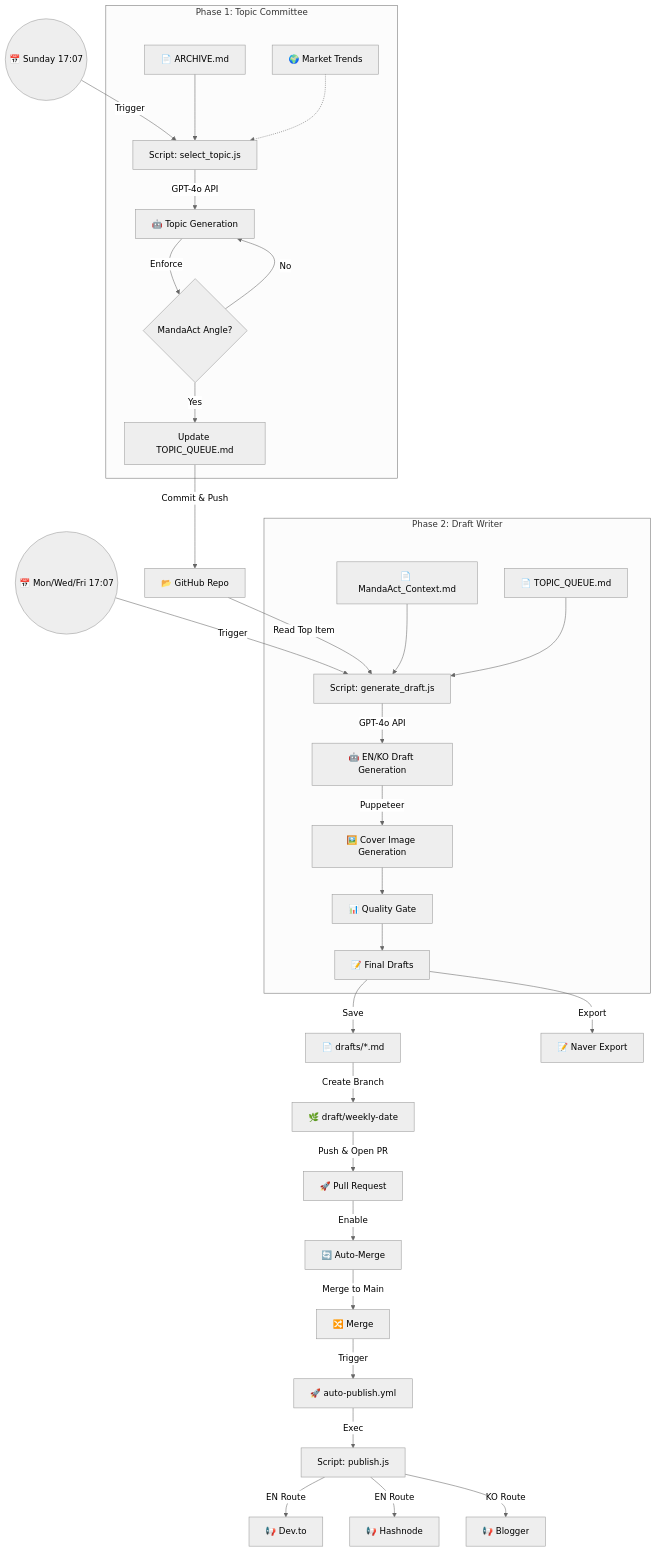
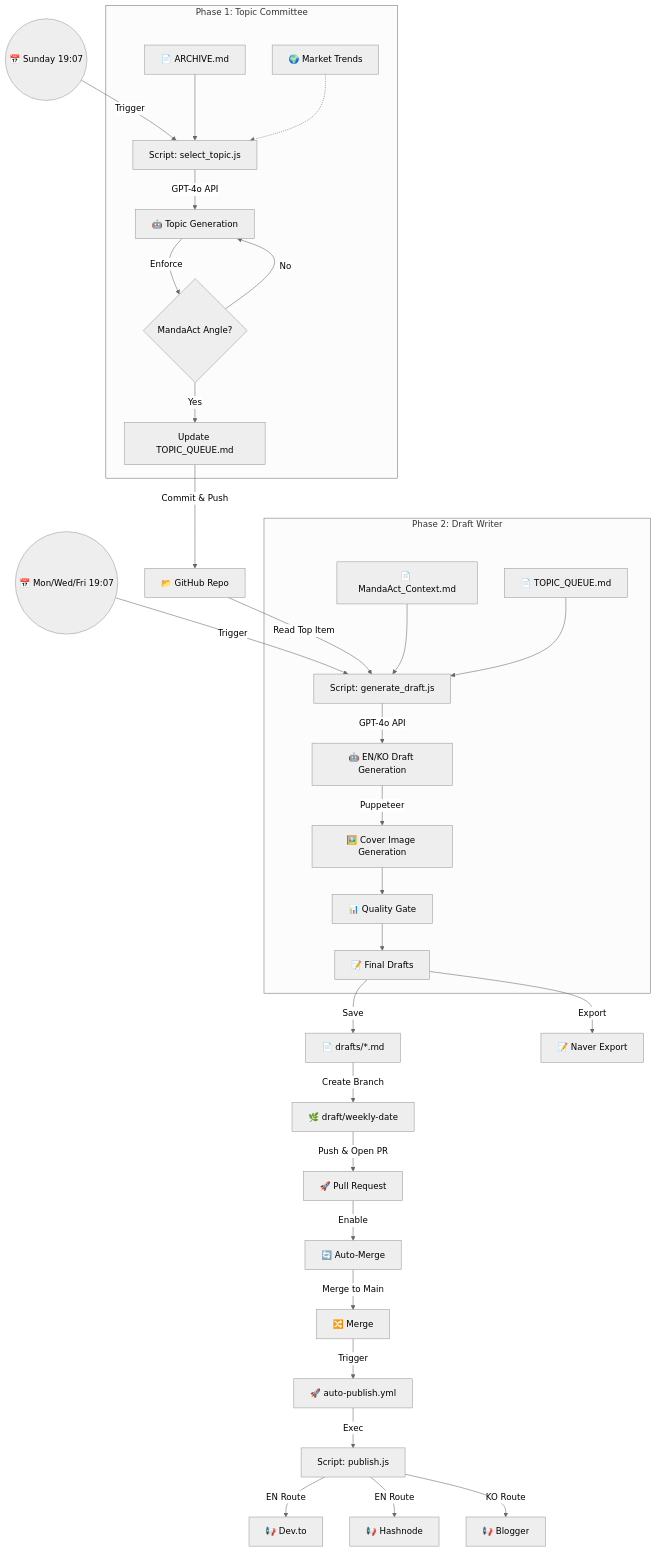
One commit to hevi35-coder/content-publisher changed the diagram in AUTOMATION_FLOW.md. Above: the diagram before and after it, drawn with Mermaid (neutral theme). The commit also changed 5 other files, not shown here.

````diff
--- a/AUTOMATION_FLOW.md
+++ b/AUTOMATION_FLOW.md
@@ -5,47 +5,47 @@
 ```mermaid
 graph TD
     %% Schedules (KST)
-    Sunday((📅 Sunday 17:07)) -->|Trigger| TopicCommittee
-    MWF((📅 Mon/Wed/Fri 17:07)) -->|Trigger| DraftWriter
+    Sunday((📅 Sunday 19:07)) -->|Trigger| TopicCommittee
+    MWF((📅 Mon/Wed/Fri 19:07)) -->|Trigger| DraftWriter
 
     %% Phase 1: Topic Selection
     subgraph "Phase 1: Topic Committee"
         TopicCommittee[Script: select_topic.js]
         Archive[📄 ARCHIVE.md] --> TopicCommittee
         Trends[🌍 Market Trends] -.-> TopicCommittee
         TopicCommittee -->|GPT-4o API| AI_Topic[🤖 Topic Generation]
         AI_Topic -->|Enforce| MandaActAngle{MandaAct Angle?}
         MandaActAngle -- Yes --> QueueUpd[Update TOPIC_QUEUE.md]
         MandaActAngle -- No --> AI_Topic
     end
 
     %% Connection
     QueueUpd -->|Commit & Push| Repo[📂 GitHub Repo]
     Repo -->|Read Top Item| DraftWriter
 
     %% Phase 2: Draft Generation
     subgraph "Phase 2: Draft Writer"
         DraftWriter[Script: generate_draft.js]
         Context[📄 MandaAct_Context.md] --> DraftWriter
         Queue[📄 TOPIC_QUEUE.md] --> DraftWriter
         DraftWriter -->|GPT-4o API| AI_Draft[🤖 EN/KO Draft Generation]
         AI_Draft -->|Puppeteer| CoverGen[🖼️ Cover Image Generation]
         CoverGen --> QualityGate[📊 Quality Gate]
         QualityGate --> FinalDraft[📝 Final Drafts]
     end
 
     %% Phase 3: Delivery + Auto-Merge
     FinalDraft -->|Save| DraftFile[📄 drafts/*.md]
     DraftFile -->|Create Branch| Branch[🌿 draft/weekly-date]
     Branch -->|Push & Open PR| PR[🚀 Pull Request]
     PR -->|Enable| AutoMerge[🔄 Auto-Merge]
 
     %% Phase 4: Publish
     AutoMerge -->|Merge to Main| Merge[🔀 Merge]
     Merge -->|Trigger| AutoPublish[🚀 auto-publish.yml]
     AutoPublish -->|Exec| PublishScript[Script: publish.js]
     PublishScript -->|EN Route| DevTo[📢 Dev.to]
     PublishScript -->|EN Route| Hashnode[📢 Hashnode]
     PublishScript -->|KO Route| Blogger[📢 Blogger]
     FinalDraft -->|Export| Naver[📝 Naver Export]
 ```
````
